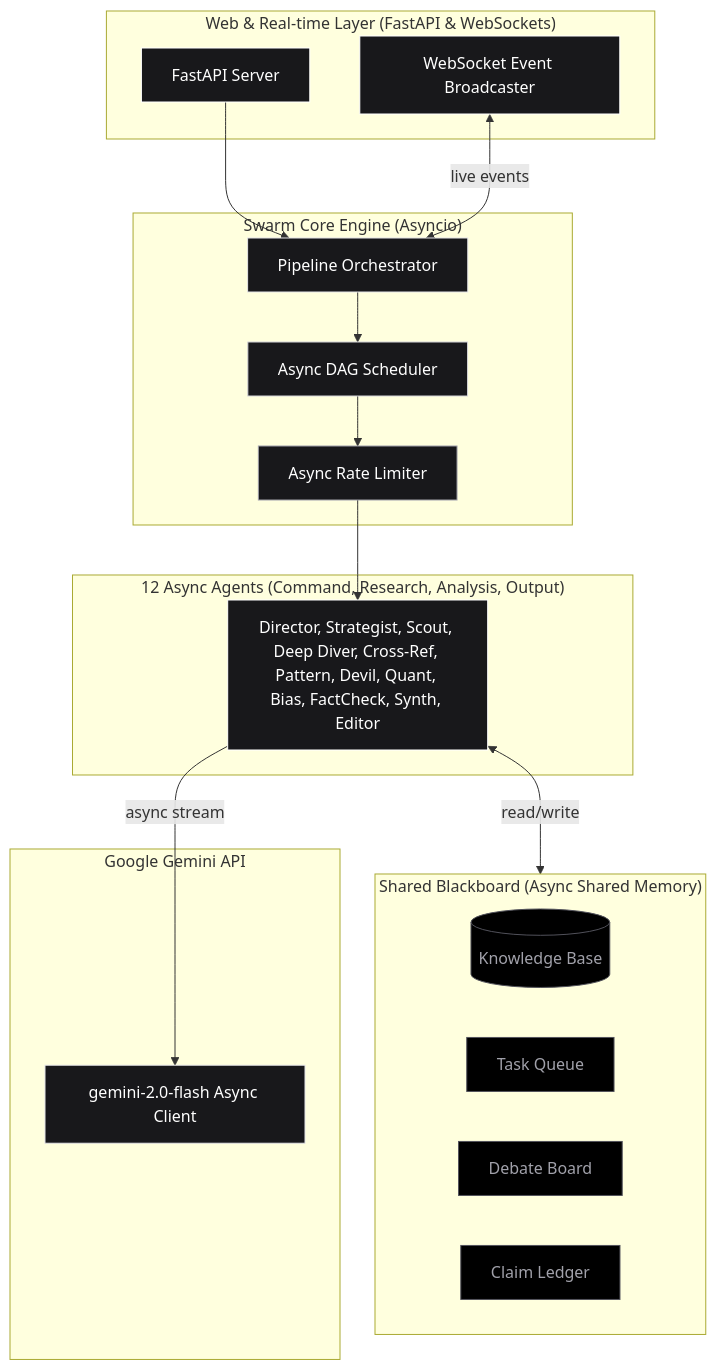
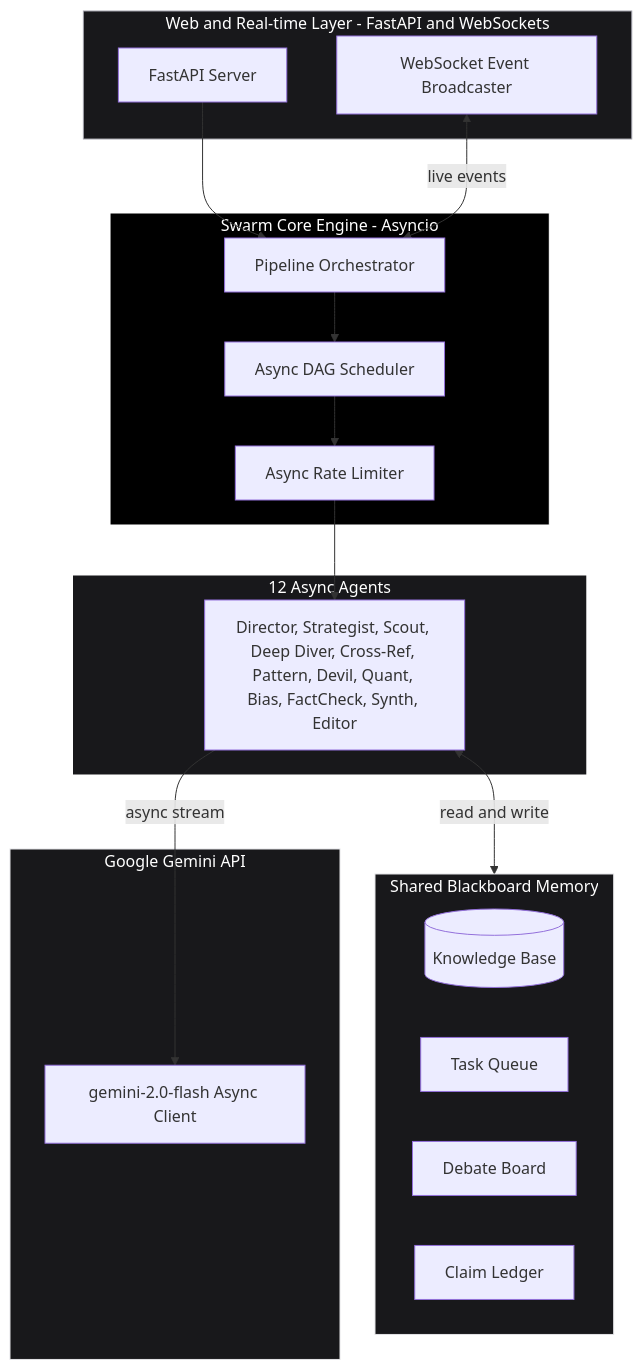
The first of 3 diagrams in README.md (siddarth1872004/nexus-research), drawn with Mermaid before and after one commit. The commit also changed other lines of this file, not shown here.

Commit message:
fix: quote Mermaid node labels to fix GitHub diagram rendering

````diff
--- a/README.md
+++ b/README.md
@@ -11,48 +11,42 @@
 ```mermaid
 graph TB
-    subgraph WEB_LAYER["Web & Real-time Layer (FastAPI & WebSockets)"]
-        APP[FastAPI Server]
-        WS[WebSocket Event Broadcaster]
+    subgraph WEB_LAYER["Web and Real-time Layer - FastAPI and WebSockets"]
+        APP["FastAPI Server"]
+        WS["WebSocket Event Broadcaster"]
     end
 
-    subgraph SWARM_CORE["Swarm Core Engine (Asyncio)"]
-        PIPE[Pipeline Orchestrator]
-        SCHED[Async DAG Scheduler]
-        LIMIT[Async Rate Limiter]
+    subgraph SWARM_CORE["Swarm Core Engine - Asyncio"]
+        PIPE["Pipeline Orchestrator"]
+        SCHED["Async DAG Scheduler"]
+        LIMIT["Async Rate Limiter"]
     end
 
-    subgraph BLACKBOARD["Shared Blackboard (Async Shared Memory)"]
-        KB[(Knowledge Base)]
-        TQ[Task Queue]
-        DB[Debate Board]
-        CL[Claim Ledger]
+    subgraph BLACKBOARD["Shared Blackboard Memory"]
+        KB[("Knowledge Base")]
+        TQ["Task Queue"]
+        DB["Debate Board"]
+        CL["Claim Ledger"]
     end
 
-    subgraph AGENT_SWARM["12 Async Agents (Command, Research, Analysis, Output)"]
-        AGENTS[Director, Strategist, Scout, Deep Diver, Cross-Ref, Pattern, Devil, Quant, Bias, FactCheck, Synth, Editor]
+    subgraph AGENT_SWARM["12 Async Agents"]
+        AGENTS["Director, Strategist, Scout, Deep Diver, Cross-Ref, Pattern, Devil, Quant, Bias, FactCheck, Synth, Editor"]
     end
 
     subgraph GEMINI_API["Google Gemini API"]
-        GEMINI[gemini-2.0-flash Async Client]
+        GEMINI["gemini-2.0-flash Async Client"]
     end
 
     APP --> PIPE
     WS <-->|live events| PIPE
     PIPE --> SCHED
     SCHED --> LIMIT
     LIMIT --> AGENTS
     AGENTS -->|async stream| GEMINI
-    AGENTS <-->|read/write| BLACKBOARD
+    AGENTS <-->|read and write| BLACKBOARD
 
-    style APP fill:#18181b,stroke:#ffffff,color:#fff
-    style WS fill:#18181b,stroke:#ffffff,color:#fff
-    style PIPE fill:#18181b,stroke:#e4e4e7,color:#fff
-    style SCHED fill:#18181b,stroke:#d4d4d8,color:#fff
-    style LIMIT fill:#18181b,stroke:#a1a1aa,color:#fff
-    style AGENTS fill:#18181b,stroke:#ffffff,color:#fff
-    style GEMINI fill:#18181b,stroke:#e4e4e7,color:#fff
-    style KB fill:#000000,stroke:#52525b,color:#a1a1aa
-    style TQ fill:#000000,stroke:#52525b,color:#a1a1aa
-    style DB fill:#000000,stroke:#52525b,color:#a1a1aa
-    style CL fill:#000000,stroke:#52525b,color:#a1a1aa
+    style WEB_LAYER fill:#18181b,stroke:#a1a1aa,color:#fff
+    style SWARM_CORE fill:#000000,stroke:#ffffff,color:#fff
+    style BLACKBOARD fill:#18181b,stroke:#e4e4e7,color:#fff
+    style AGENT_SWARM fill:#18181b,stroke:#ffffff,color:#fff
+    style GEMINI_API fill:#18181b,stroke:#e4e4e7,color:#fff
 ```
````
